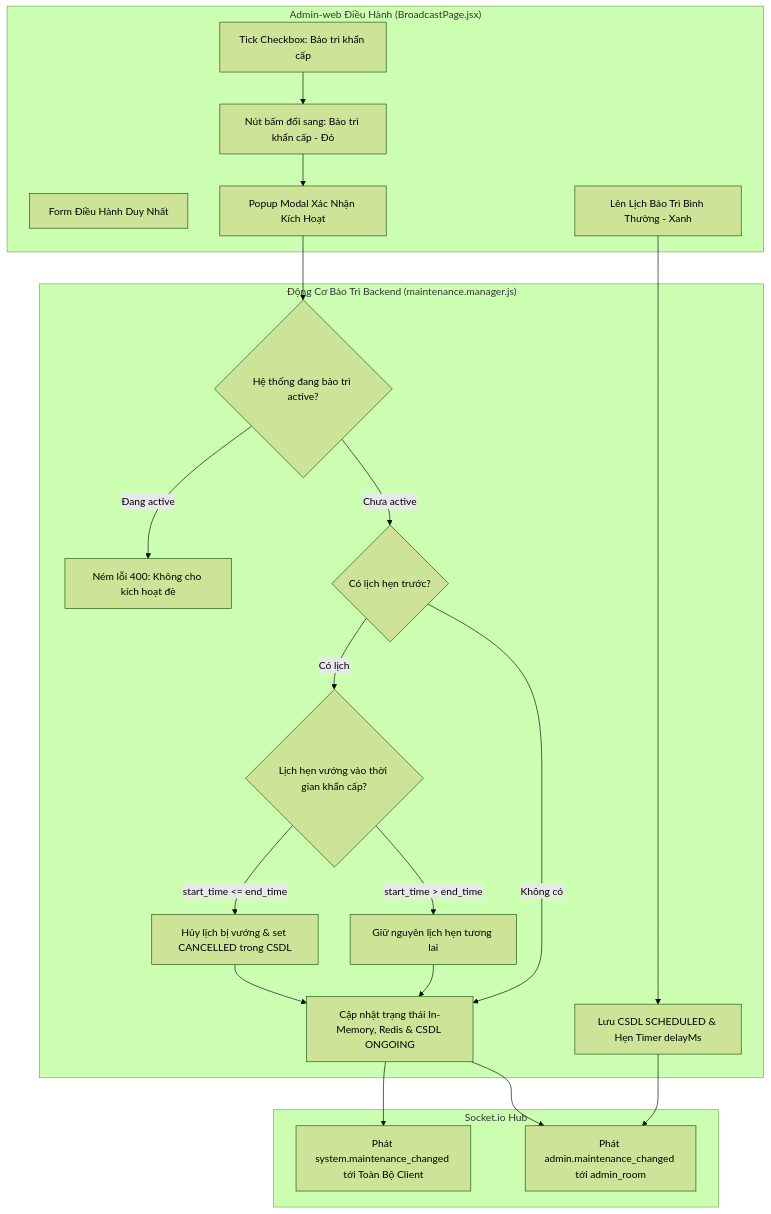
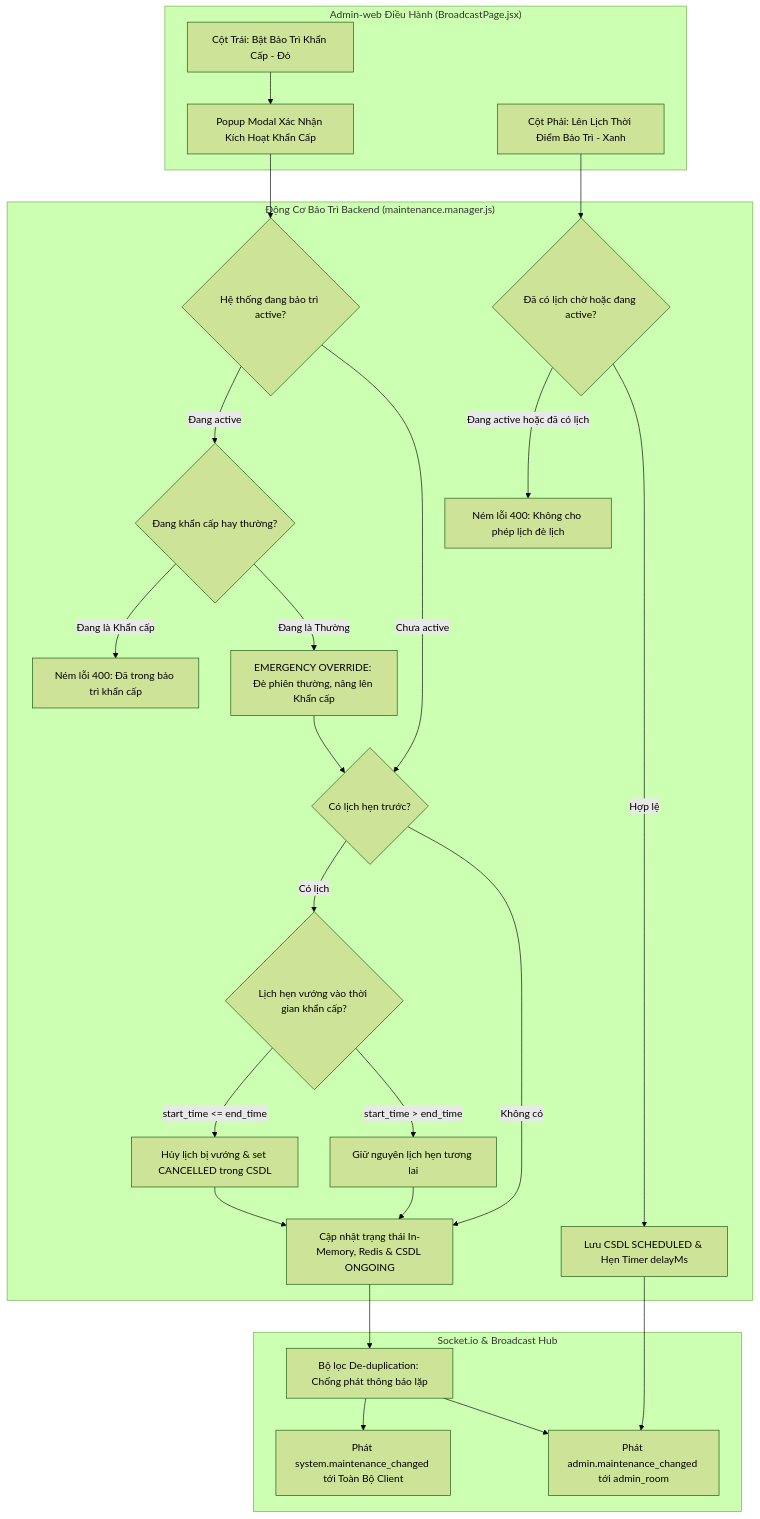
The diagram in docs/Admin-web/07-maintenance-and-resilience.md (NguyenPhuBao/ManagementFinance), drawn with Mermaid (forest theme) before and after one commit. The commit also changed other lines of this file and 36 other files, not shown here.

````diff
--- a/docs/Admin-web/07-maintenance-and-resilience.md
+++ b/docs/Admin-web/07-maintenance-and-resilience.md
@@ -24,37 +26,44 @@
 ```mermaid
 graph TD
     subgraph "Admin-web Điều Hành (BroadcastPage.jsx)"
-        A1[Form Điều Hành Duy Nhất]
-        A2[Tick Checkbox: Bảo trì khẩn cấp]
-        A3[Nút bấm đổi sang: Bảo trì khẩn cấp - Đỏ]
-        A4[Popup Modal Xác Nhận Kích Hoạt]
-        A5[Lên Lịch Bảo Trì Bình Thường - Xanh]
+        A1[Cột Trái: Bật Bảo Trì Khẩn Cấp - Đỏ]
+        A2[Popup Modal Xác Nhận Kích Hoạt Khẩn Cấp]
+        A3[Cột Phải: Lên Lịch Thời Điểm Bảo Trì - Xanh]
     end
 
     subgraph "Động Cơ Bảo Trì Backend (maintenance.manager.js)"
         B0{Hệ thống đang bảo trì active?}
-        B0_ERR[Ném lỗi 400: Không cho kích hoạt đè]
+        B_EMERG_CHECK{Đang khẩn cấp hay thường?}
+        B_ERR_DUP[Ném lỗi 400: Đã trong bảo trì khẩn cấp]
+        B_OVERRIDE[EMERGENCY OVERRIDE: Đè phiên thường, nâng lên Khẩn cấp]
+        B_SCHED_CHECK{Đã có lịch chờ hoặc đang active?}
+        B_SCHED_ERR[Ném lỗi 400: Không cho phép lịch đè lịch]
         B1{Có lịch hẹn trước?}
         B2{Lịch hẹn vướng vào thời gian khẩn cấp?}
         B2_YES[Hủy lịch bị vướng & set CANCELLED trong CSDL]
         B2_NO[Giữ nguyên lịch hẹn tương lai]
         B3[Cập nhật trạng thái In-Memory, Redis & CSDL ONGOING]
         B4[Lưu CSDL SCHEDULED & Hẹn Timer delayMs]
     end
 
-    subgraph "Socket.io Hub"
+    subgraph "Socket.io & Broadcast Hub"
+        S0[Bộ lọc De-duplication: Chống phát thông báo lặp]
         S1[Phát system.maintenance_changed tới Toàn Bộ Client]
         S2[Phát admin.maintenance_changed tới admin_room]
     end
 
-    A2 --> A3 --> A4 --> B0
-    B0 -- "Đang active" --> B0_ERR
+    A1 --> A2 --> B0
+    B0 -- "Đang active" --> B_EMERG_CHECK
+    B_EMERG_CHECK -- "Đang là Khẩn cấp" --> B_ERR_DUP
+    B_EMERG_CHECK -- "Đang là Thường" --> B_OVERRIDE --> B1
     B0 -- "Chưa active" --> B1
     B1 -- "Có lịch" --> B2
     B2 -- "start_time <= end_time" --> B2_YES --> B3
     B2 -- "start_time > end_time" --> B2_NO --> B3
     B1 -- "Không có" --> B3
-    B3 --> S1 & S2
+    B3 --> S0 --> S1 & S2
 
-    A5 --> B4 --> S2
+    A3 --> B_SCHED_CHECK
+    B_SCHED_CHECK -- "Đang active hoặc đã có lịch" --> B_SCHED_ERR
+    B_SCHED_CHECK -- "Hợp lệ" --> B4 --> S2
 ```
````
